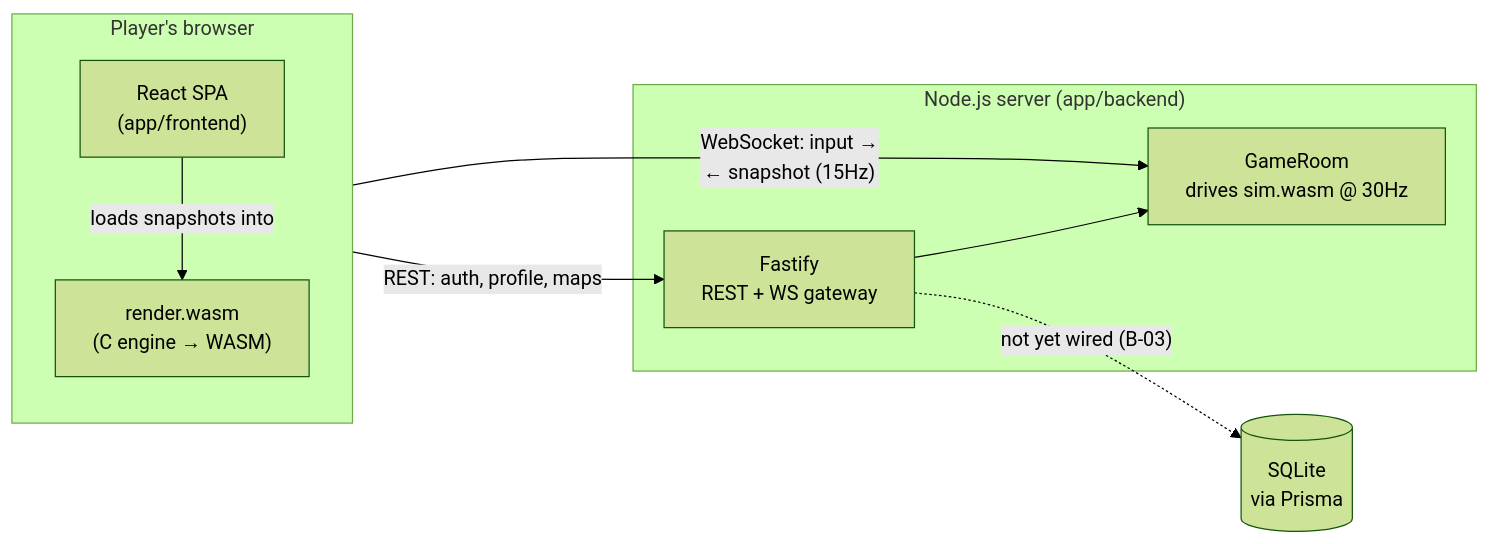
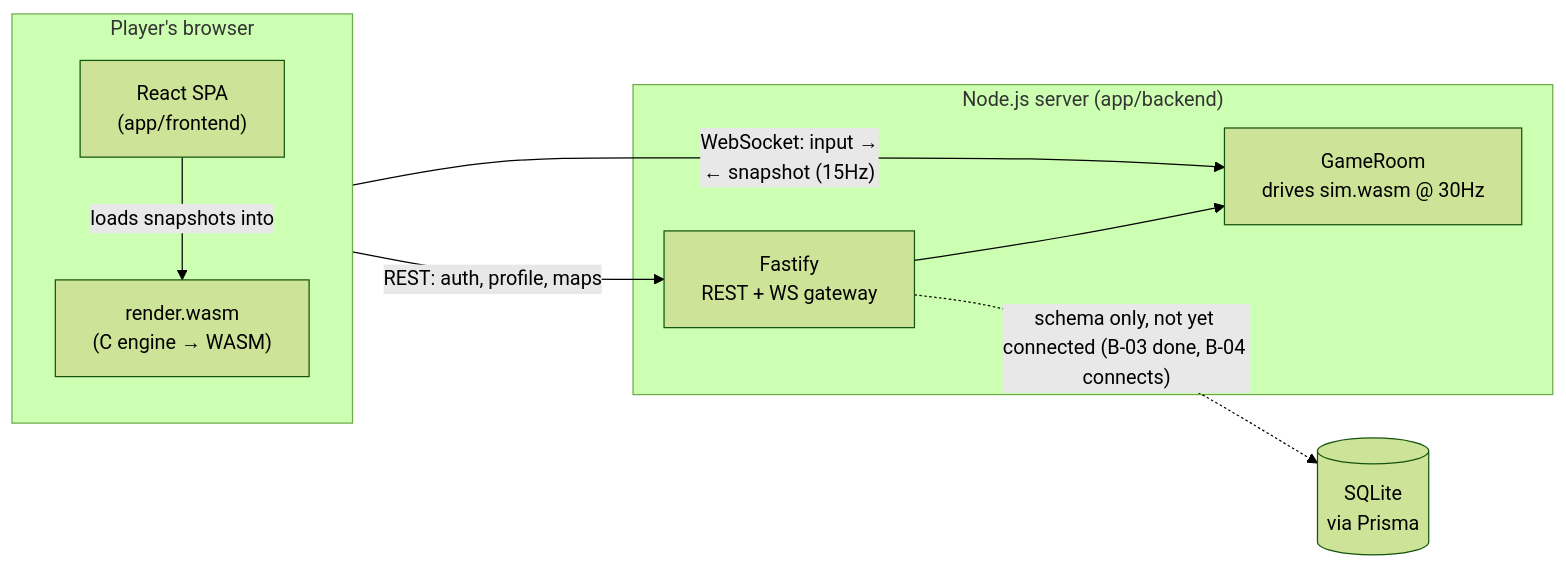
The diagram in README.md (samatsum/ft_Transcendence), drawn with Mermaid (forest theme) before and after one commit. The commit also changed other lines of this file and 22 other files, not shown here.

First line of the commit message:
feat(B-03): Prisma + SQLite の schema v1 とマイグレーションを作る

````diff
--- a/README.md
+++ b/README.md
@@ -65,18 +65,18 @@
 ```mermaid
 flowchart LR
     subgraph client["Player's browser"]
         FE["React SPA<br/>(app/frontend)"]
         RW["render.wasm<br/>(C engine → WASM)"]
         FE -->|"loads snapshots into"| RW
     end
     subgraph server["Node.js server (app/backend)"]
         BE["Fastify<br/>REST + WS gateway"]
         GR["GameRoom<br/>drives sim.wasm @ 30Hz"]
         BE --> GR
     end
     DB[("SQLite<br/>via Prisma")]
 
     client -- "REST: auth, profile, maps" --> BE
     client -- "WebSocket: input →<br/>← snapshot (15Hz)" --> GR
-    BE -.->|"not yet wired (B-03)"| DB
+    BE -.->|"schema only, not yet connected (B-03 done, B-04 connects)"| DB
 ```
````
